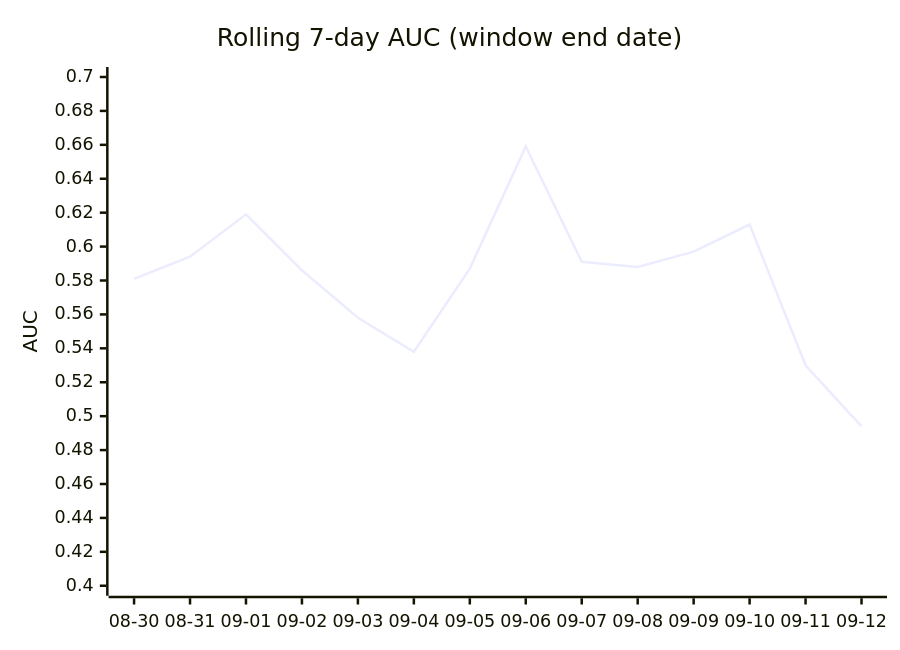
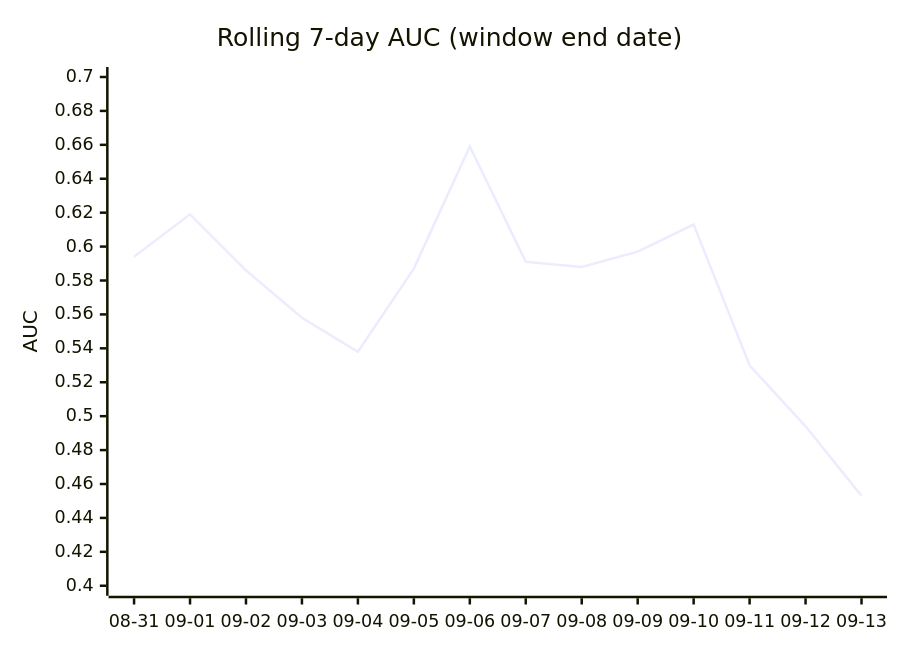
One commit to dpk1212/nhl-savant changed the third of 4 diagrams in DAILY_AGSU_REPORT.md. Above: the diagram before and after it, drawn with Mermaid. The commit also changed other lines of this file, not shown here.

````diff
--- a/DAILY_AGSU_REPORT.md
+++ b/DAILY_AGSU_REPORT.md
@@ -869,7 +868,7 @@
 ```mermaid
 xychart-beta
     title "Rolling 7-day AUC (window end date)"
-    x-axis ["08-30", "08-31", "09-01", "09-02", "09-03", "09-04", "09-05", "09-06", "09-07", "09-08", "09-09", "09-10", "09-11", "09-12"]
+    x-axis ["08-31", "09-01", "09-02", "09-03", "09-04", "09-05", "09-06", "09-07", "09-08", "09-09", "09-10", "09-11", "09-12", "09-13"]
     y-axis "AUC" 0.4 --> 0.7
-    line [0.581, 0.594, 0.619, 0.586, 0.558, 0.538, 0.587, 0.659, 0.591, 0.588, 0.597, 0.613, 0.53, 0.494]
+    line [0.594, 0.619, 0.586, 0.558, 0.538, 0.587, 0.659, 0.591, 0.588, 0.597, 0.613, 0.53, 0.494, 0.453]
 ```
````
